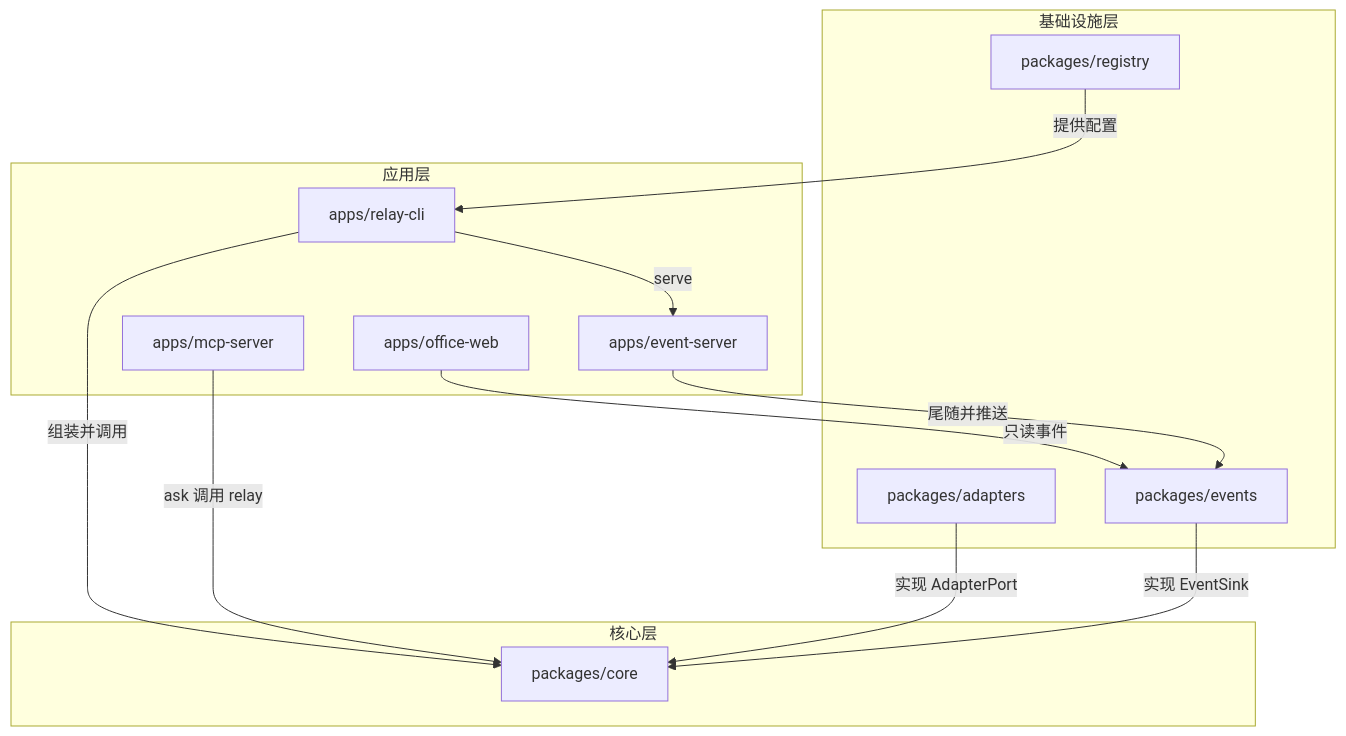
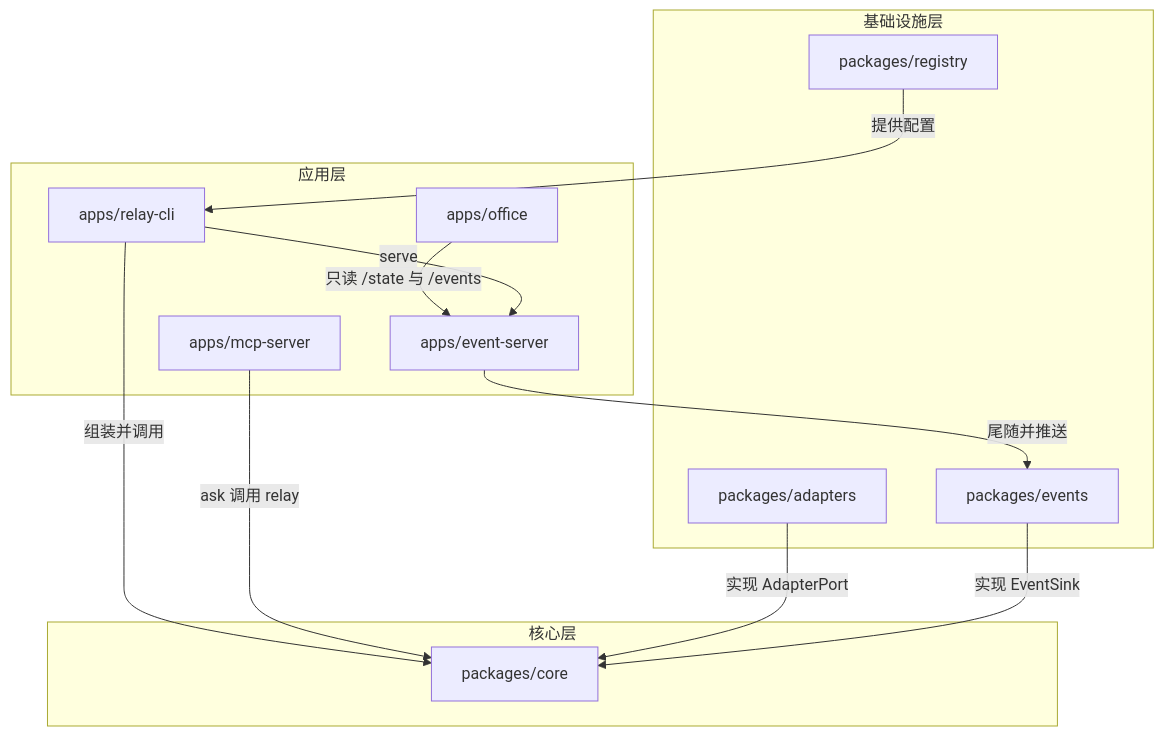
Before and after one commit to huowa-ai/grokbot-ai-office: the diagram in README.md, drawn with Mermaid. The commit also changed other lines of this file and 71 other files, not shown here.

````diff
--- a/README.md
+++ b/README.md
@@ -31,25 +31,25 @@
 ```mermaid
 flowchart TB
   subgraph appLayer [应用层]
     cli[apps/relay-cli]
     mcp[apps/mcp-server]
     server[apps/event-server]
-    web[apps/office-web]
+    web[apps/office]
   end
   subgraph coreLayer [核心层]
     core[packages/core]
   end
   subgraph infraLayer [基础设施层]
     adapters[packages/adapters]
     registry[packages/registry]
     events[packages/events]
   end
   cli -->|组装并调用| core
   mcp -->|ask 调用 relay| core
   adapters -->|实现 AdapterPort| core
   registry -->|提供配置| cli
   events -->|实现 EventSink| core
-  web -->|只读事件| events
+  web -->|只读 /state 与 /events| server
   server -->|尾随并推送| events
   cli -->|serve| server
 ```
````
